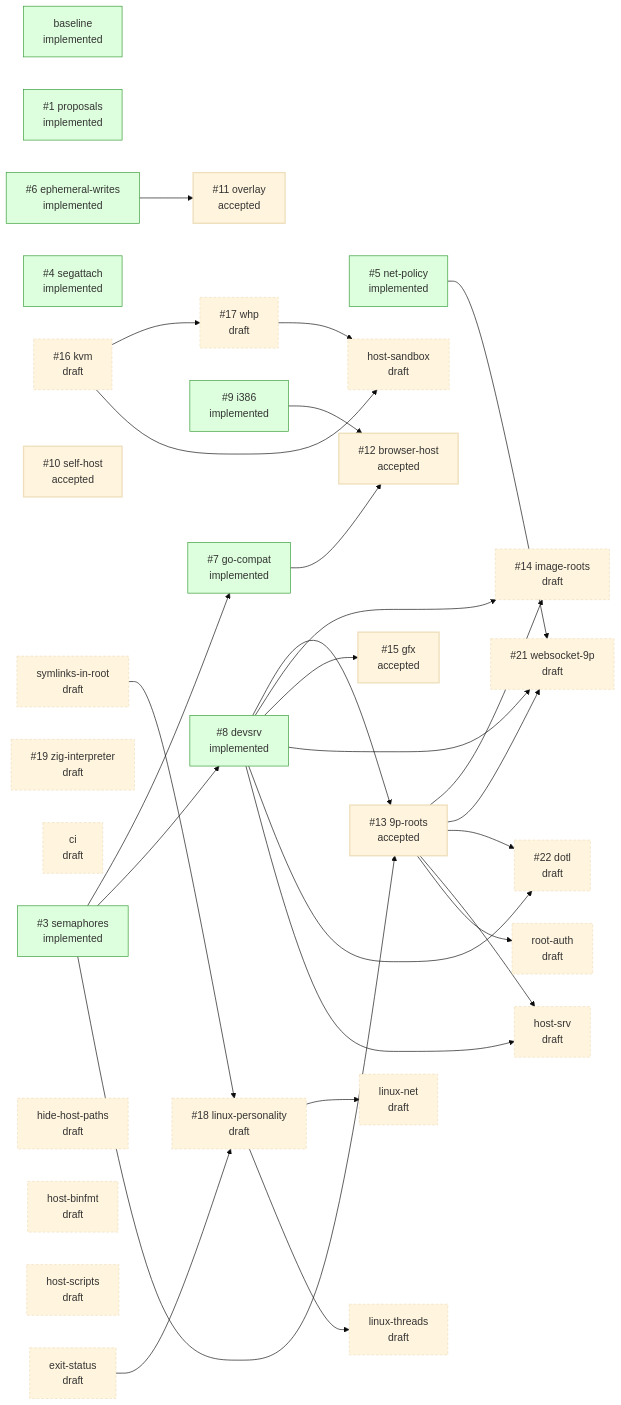
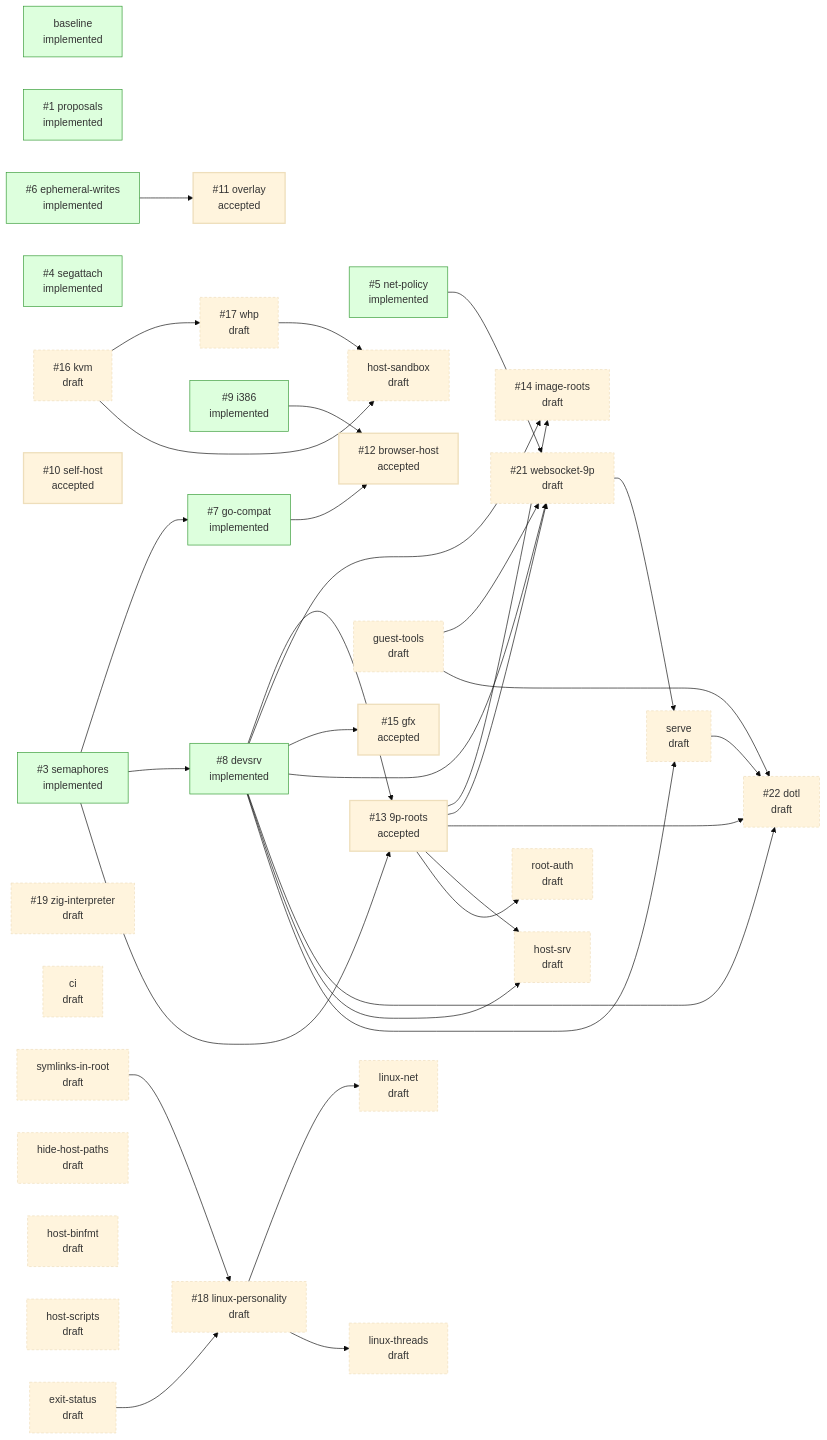
One commit to progrium/hyper9 changed the diagram in README.md. Above: the diagram before and after it, drawn with Mermaid (base theme). The commit also changed other lines of this file and 4 other files, not shown here.

First line of the commit message:
design: draft serve and guest-tools; revise websocket-9p and dotl

````diff
--- a/README.md
+++ b/README.md
@@ -49,64 +51,71 @@
 ```mermaid
 flowchart LR
   classDef draft stroke-dasharray: 4 3
   classDef accepted stroke-width: 2px
   classDef implemented fill:#dfd,stroke:#393
   classDef closed fill:#eee,stroke:#999,color:#777
   p_baseline["baseline<br/>implemented"]:::implemented
   p_proposals["#35;1 proposals<br/>implemented"]:::implemented
   p_semaphores["#35;3 semaphores<br/>implemented"]:::implemented
   p_segattach["#35;4 segattach<br/>implemented"]:::implemented
   p_net_policy["#35;5 net-policy<br/>implemented"]:::implemented
   p_ephemeral_writes["#35;6 ephemeral-writes<br/>implemented"]:::implemented
   p_go_compat["#35;7 go-compat<br/>implemented"]:::implemented
   p_devsrv["#35;8 devsrv<br/>implemented"]:::implemented
   p_i386["#35;9 i386<br/>implemented"]:::implemented
   p_self_host["#35;10 self-host<br/>accepted"]:::accepted
   p_overlay["#35;11 overlay<br/>accepted"]:::accepted
   p_browser_host["#35;12 browser-host<br/>accepted"]:::accepted
   p_9p_roots["#35;13 9p-roots<br/>accepted"]:::accepted
   p_image_roots["#35;14 image-roots<br/>draft"]:::draft
   p_gfx["#35;15 gfx<br/>accepted"]:::accepted
   p_kvm["#35;16 kvm<br/>draft"]:::draft
   p_whp["#35;17 whp<br/>draft"]:::draft
   p_linux_personality["#35;18 linux-personality<br/>draft"]:::draft
   p_zig_interpreter["#35;19 zig-interpreter<br/>draft"]:::draft
   p_websocket_9p["#35;21 websocket-9p<br/>draft"]:::draft
   p_dotl["#35;22 dotl<br/>draft"]:::draft
   p_ci["ci<br/>draft"]:::draft
   p_exit_status["exit-status<br/>draft"]:::draft
+  p_guest_tools["guest-tools<br/>draft"]:::draft
   p_hide_host_paths["hide-host-paths<br/>draft"]:::draft
   p_host_binfmt["host-binfmt<br/>draft"]:::draft
   p_host_sandbox["host-sandbox<br/>draft"]:::draft
   p_host_scripts["host-scripts<br/>draft"]:::draft
   p_host_srv["host-srv<br/>draft"]:::draft
   p_linux_net["linux-net<br/>draft"]:::draft
   p_linux_threads["linux-threads<br/>draft"]:::draft
   p_root_auth["root-auth<br/>draft"]:::draft
+  p_serve["serve<br/>draft"]:::draft
   p_symlinks_in_root["symlinks-in-root<br/>draft"]:::draft
   p_semaphores --> p_go_compat
   p_semaphores --> p_devsrv
   p_ephemeral_writes --> p_overlay
   p_go_compat --> p_browser_host
   p_i386 --> p_browser_host
   p_semaphores --> p_9p_roots
   p_devsrv --> p_9p_roots
   p_devsrv --> p_image_roots
   p_9p_roots --> p_image_roots
   p_devsrv --> p_gfx
   p_kvm --> p_whp
   p_symlinks_in_root --> p_linux_personality
   p_exit_status --> p_linux_personality
   p_net_policy --> p_websocket_9p
   p_devsrv --> p_websocket_9p
   p_9p_roots --> p_websocket_9p
+  p_guest_tools --> p_websocket_9p
   p_devsrv --> p_dotl
   p_9p_roots --> p_dotl
+  p_serve --> p_dotl
+  p_guest_tools --> p_dotl
   p_kvm --> p_host_sandbox
   p_whp --> p_host_sandbox
   p_devsrv --> p_host_srv
   p_9p_roots --> p_host_srv
   p_linux_personality --> p_linux_net
   p_linux_personality --> p_linux_threads
   p_9p_roots --> p_root_auth
+  p_devsrv --> p_serve
+  p_websocket_9p --> p_serve
 ```
````
